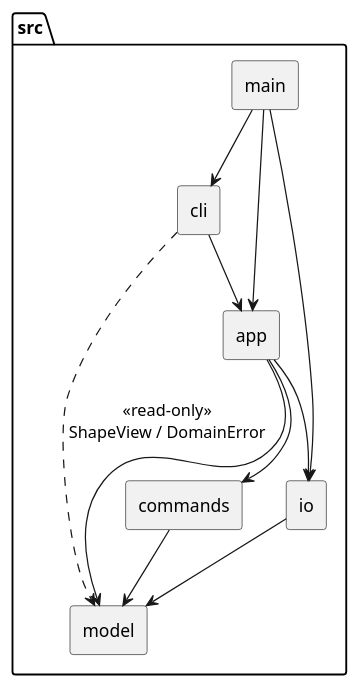
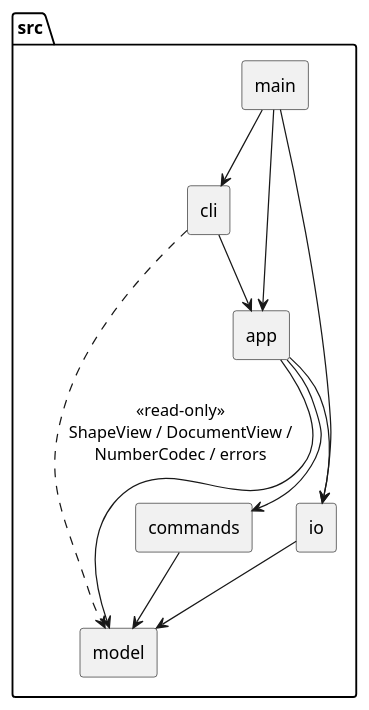
One commit to ZhongXiHao/phase-cli changed the first of 2 diagrams in doc/README.md. Above: the diagram before and after it, drawn with PlantUML. The commit also changed other lines of this file, not shown here.

````diff
--- a/doc/README.md
+++ b/doc/README.md
@@ -36,23 +36,23 @@
 ```plantuml
 @startuml
 skinparam componentStyle rectangle
 package "src" {
   [cli]      as cli
   [app]      as app
   [commands] as commands
   [io]       as io
   [model]    as model
   [main]     as main
 }
 main --> cli
 main --> app
 main --> io
 cli --> app
-cli ..> model : <<read-only>>\nShapeView / DomainError
+cli ..> model : <<read-only>>\nShapeView / DocumentView /\nNumberCodec / errors
 app --> commands
 app --> io
 app --> model
 commands --> model
 io --> model
 @enduml
 ```
````
